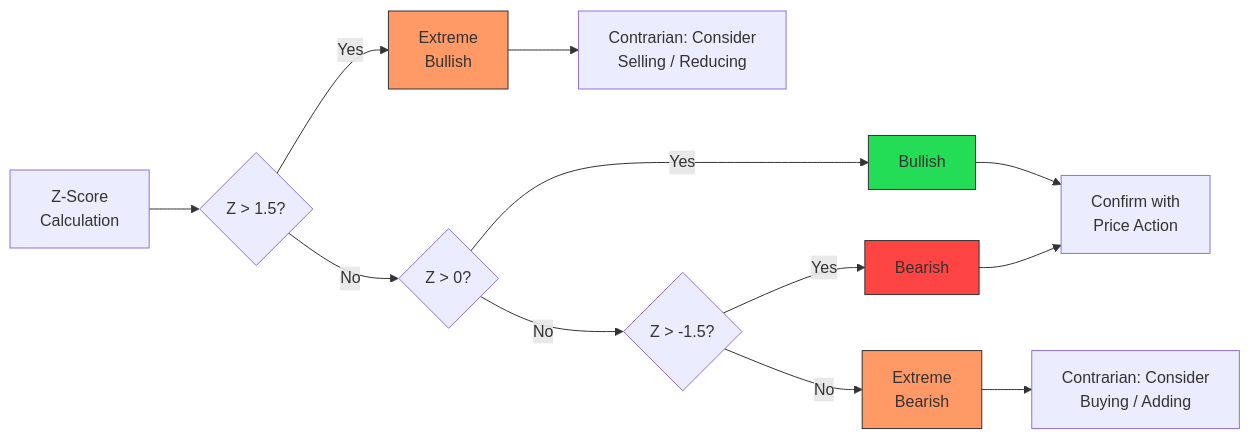
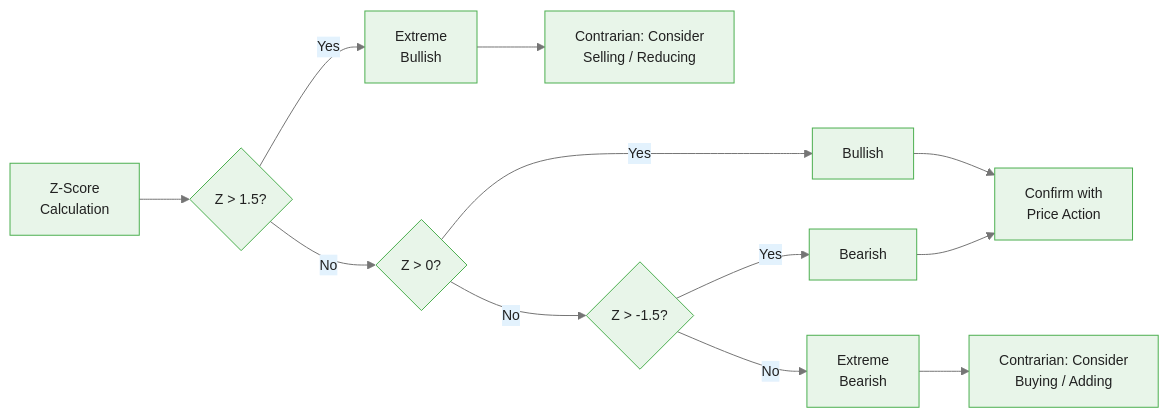
The fifth of 6 diagrams in courses/genai-commodities/modules/module_03_sentiment/guides/02_sentiment_aggregation_slides.md (m-deane/course-creator), drawn with Mermaid before and after one commit. The commit also changed other lines of this file and 84 other files, not shown here.

````diff
--- a/courses/genai-commodities/modules/module_03_sentiment/guides/02_sentiment_aggregation_slides.md
+++ b/courses/genai-commodities/modules/module_03_sentiment/guides/02_sentiment_aggregation_slides.md
@@ -390,20 +441,16 @@
 ```mermaid
+%%{init: {"theme": "base", "themeVariables": {"primaryColor": "#e8f5e9", "primaryBorderColor": "#4caf50", "primaryTextColor": "#212121", "secondaryColor": "#e3f2fd", "tertiaryColor": "#fff8e1", "lineColor": "#757575", "fontFamily": "Inter, sans-serif", "fontSize": "14px"}}}%%
 flowchart LR
     A[Z-Score<br/>Calculation] --> B{Z > 1.5?}
     B -->|Yes| C[Extreme<br/>Bullish]
     B -->|No| D{Z > 0?}
     D -->|Yes| E[Bullish]
     D -->|No| F{Z > -1.5?}
     F -->|Yes| G[Bearish]
     F -->|No| H[Extreme<br/>Bearish]
 
     C --> I[Contrarian: Consider<br/>Selling / Reducing]
     E --> J[Confirm with<br/>Price Action]
     G --> J
     H --> K[Contrarian: Consider<br/>Buying / Adding]
-
-    style C fill:#f96,stroke:#333
-    style H fill:#f96,stroke:#333
-    style E fill:#2d5,stroke:#333
-    style G fill:#f44,stroke:#333
 ```
````
